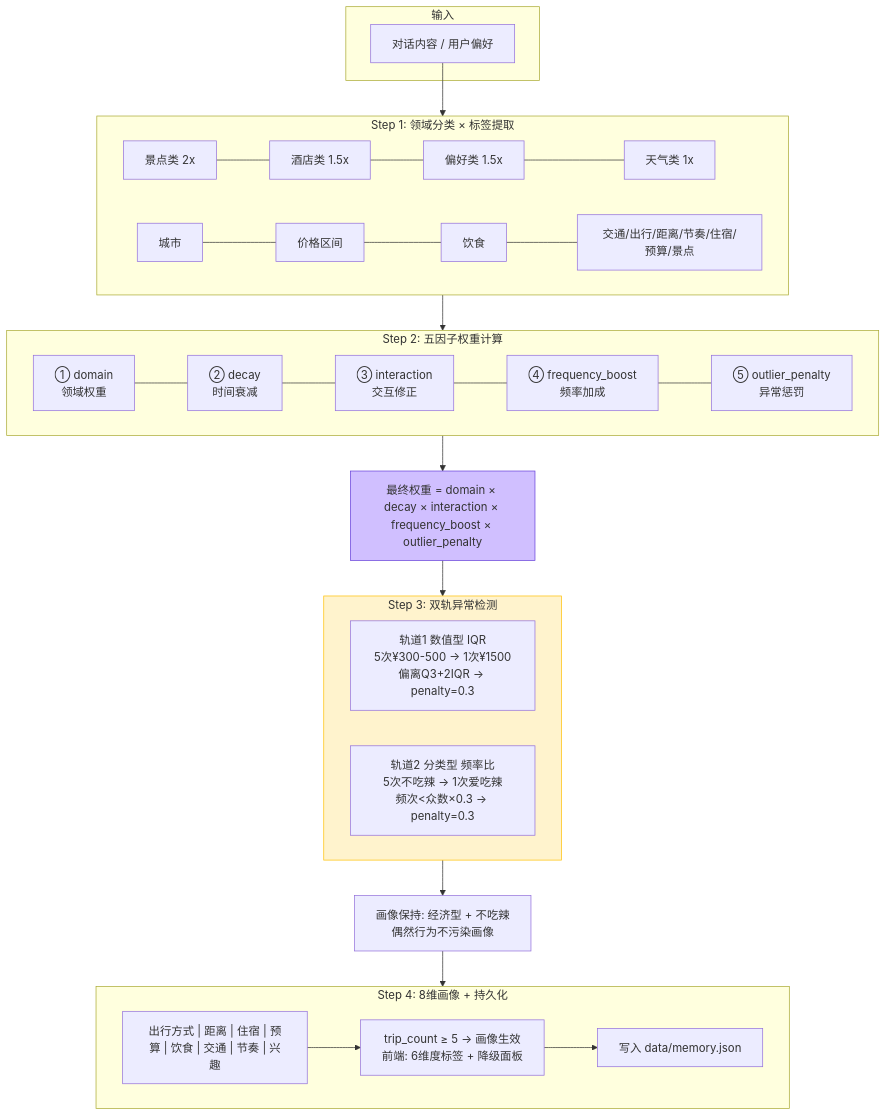
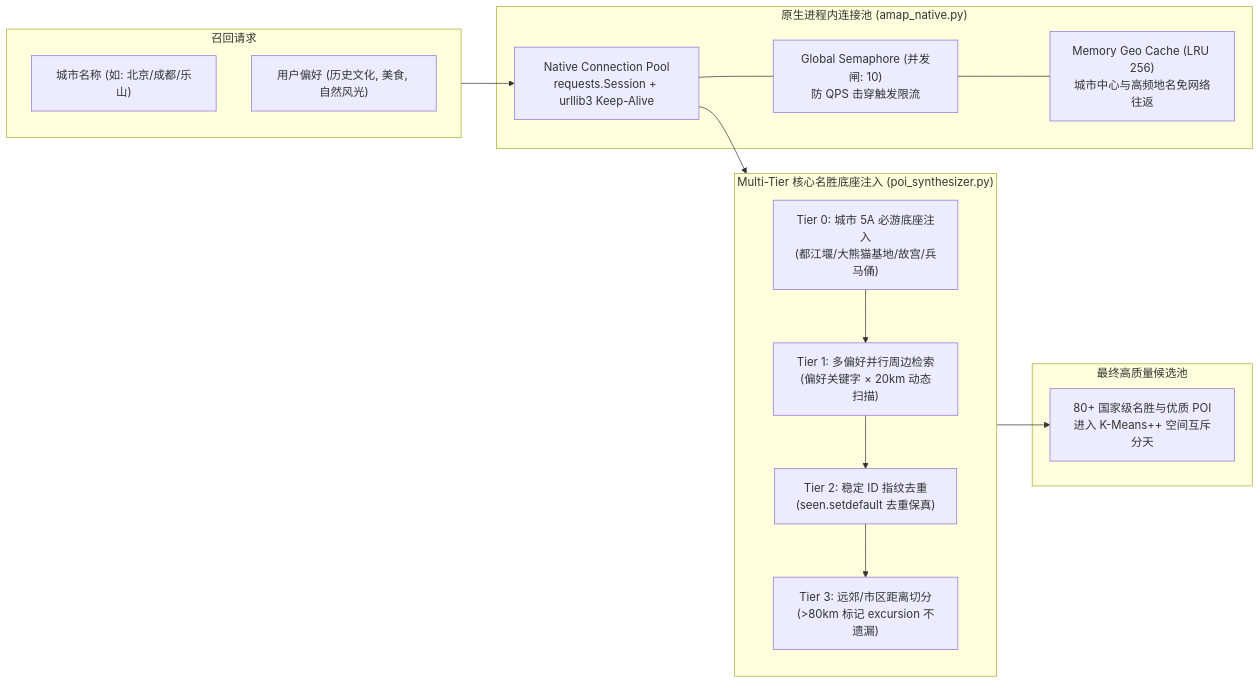
One commit to SuperGODOG/tripplanner changed the third of 10 diagrams in .pages/site_src/ARCHITECTURE.md. Above: the diagram before and after it, drawn with Mermaid. The commit also changed other lines of this file and 1 other file, not shown here.

Commit message:
docs: upgrade ARCHITECTURE.md to v4.0 Sovereign Matrix with full holographic Mermaid topologies

````diff
--- a/.pages/site_src/ARCHITECTURE.md
+++ b/.pages/site_src/ARCHITECTURE.md
@@ -209,44 +141,29 @@
 ```mermaid
-flowchart TB
-    subgraph Input["输入"]
-        DIALOG["对话内容 / 用户偏好"]
+flowchart LR
+    subgraph Request["召回请求"]
+        R1["城市名称 (如: 北京/成都/乐山)"]
+        R2["用户偏好 (历史文化, 美食, 自然风光)"]
     end
 
-    subgraph Step1["Step 1: 领域分类 × 标签提取"]
-        direction LR
-        C1["景点类 2x"] --- C2["酒店类 1.5x"] --- C3["偏好类 1.5x"] --- C4["天气类 1x"]
-        T1["城市"] --- T2["价格区间"] --- T3["饮食"] --- T4["交通/出行/距离/节奏/住宿/预算/景点"]
+    subgraph Pool["原生进程内连接池 (amap_native.py)"]
+        AP1["Native Connection Pool<br/>requests.Session + urllib3 Keep-Alive"]
+        AP2["Global Semaphore (并发闸: 10)<br/>防 QPS 击穿触发限流"]
+        AP3["Memory Geo Cache (LRU 256)<br/>城市中心与高频地名免网络往返"]
+        AP1 --- AP2 --- AP3
     end
 
-    subgraph Step2["Step 2: 五因子权重计算"]
-        direction LR
-        F1["① domain<br/>领域权重"] --- F2["② decay<br/>时间衰减"] --- F3["③ interaction<br/>交互修正"] --- F4["④ frequency_boost<br/>频率加成"] --- F5["⑤ outlier_penalty<br/>异常惩罚"]
+    subgraph Synthesizer["Multi-Tier 核心名胜底座注入 (poi_synthesizer.py)"]
+        T1["Tier 0: 城市 5A 必游底座注入<br/>(都江堰/大熊猫基地/故宫/兵马俑)"]
+        T2["Tier 1: 多偏好并行周边检索<br/>(偏好关键字 × 20km 动态扫描)"]
+        T3["Tier 2: 稳定 ID 指纹去重<br/>(seen.setdefault 去重保真)"]
+        T4["Tier 3: 远郊/市区距离切分<br/>(>80km 标记 excursion 不遗漏)"]
+        T1 --> T2 --> T3 --> T4
     end
 
-    FORMULA["最终权重 = domain × decay × interaction × frequency_boost × outlier_penalty"]
-
-    subgraph Step3["Step 3: 双轨异常检测"]
-        direction LR
-        T1A["轨道1 数值型 IQR<br/>5次¥300-500 → 1次¥1500<br/>偏离Q3+2IQR → penalty=0.3"]
-        T2A["轨道2 分类型 频率比<br/>5次不吃辣 → 1次爱吃辣<br/>频次<众数×0.3 → penalty=0.3"]
+    subgraph Output["最终高质量候选池"]
+        OUT["80+ 国家级名胜与优质 POI<br/>进入 K-Means++ 空间互斥分天"]
     end
 
-    RESULT["画像保持: 经济型 + 不吃辣<br/>偶然行为不污染画像"]
-
-    subgraph Step4["Step 4: 8维画像 + 持久化"]
-        DIMS["出行方式 | 距离 | 住宿 | 预算 | 饮食 | 交通 | 节奏 | 兴趣"]
-        GATE["trip_count ≥ 5 → 画像生效<br/>前端: 6维度标签 + 降级面板"]
-        STORE["写入 data/memory.json"]
-    end
-
-    DIALOG --> Step1
-    Step1 --> Step2
-    Step2 --> FORMULA
-    FORMULA --> Step3
-    Step3 --> RESULT
-    RESULT --> Step4
-    DIMS --> GATE --> STORE
-
-    style Step3 fill:#fff3cd,stroke:#ffc107
-    style FORMULA fill:#d0bfff,stroke:#6741d9
+    Request --> AP1
+    AP1 --> Synthesizer --> OUT
 ```
````
